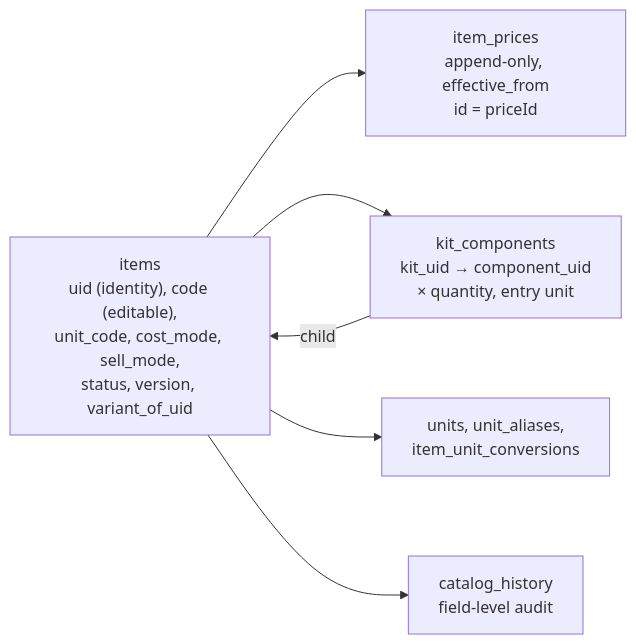
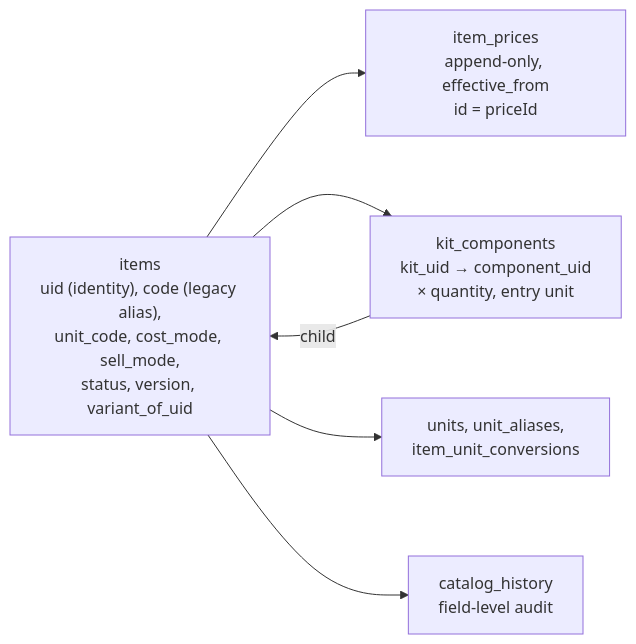
One commit to arcforgelabs/field changed the fourth of 7 diagrams in ARCHITECTURE.md. Above: the diagram before and after it, drawn with Mermaid. The commit also changed other lines of this file and 18 other files, not shown here.

````diff
--- a/ARCHITECTURE.md
+++ b/ARCHITECTURE.md
@@ -164,14 +165,14 @@
 ```mermaid
 %%{init: {"flowchart": {"nodeSpacing": 80, "rankSpacing": 60}} }%%
 flowchart LR
-    I["items<br/>uid (identity), code (editable),<br/>unit_code, cost_mode, sell_mode,<br/>status, version, variant_of_uid"]
+    I["items<br/>uid (identity), code (legacy alias),<br/>unit_code, cost_mode, sell_mode,<br/>status, version, variant_of_uid"]
     P["item_prices<br/>append-only, effective_from<br/>id = priceId"]
     C["kit_components<br/>kit_uid → component_uid<br/>× quantity, entry unit"]
     U["units, unit_aliases,<br/>item_unit_conversions"]
     H["catalog_history<br/>field-level audit"]
     I --> P
     I --> C
     C -->|"child"| I
     I --> U
     I --> H
 ```
````
